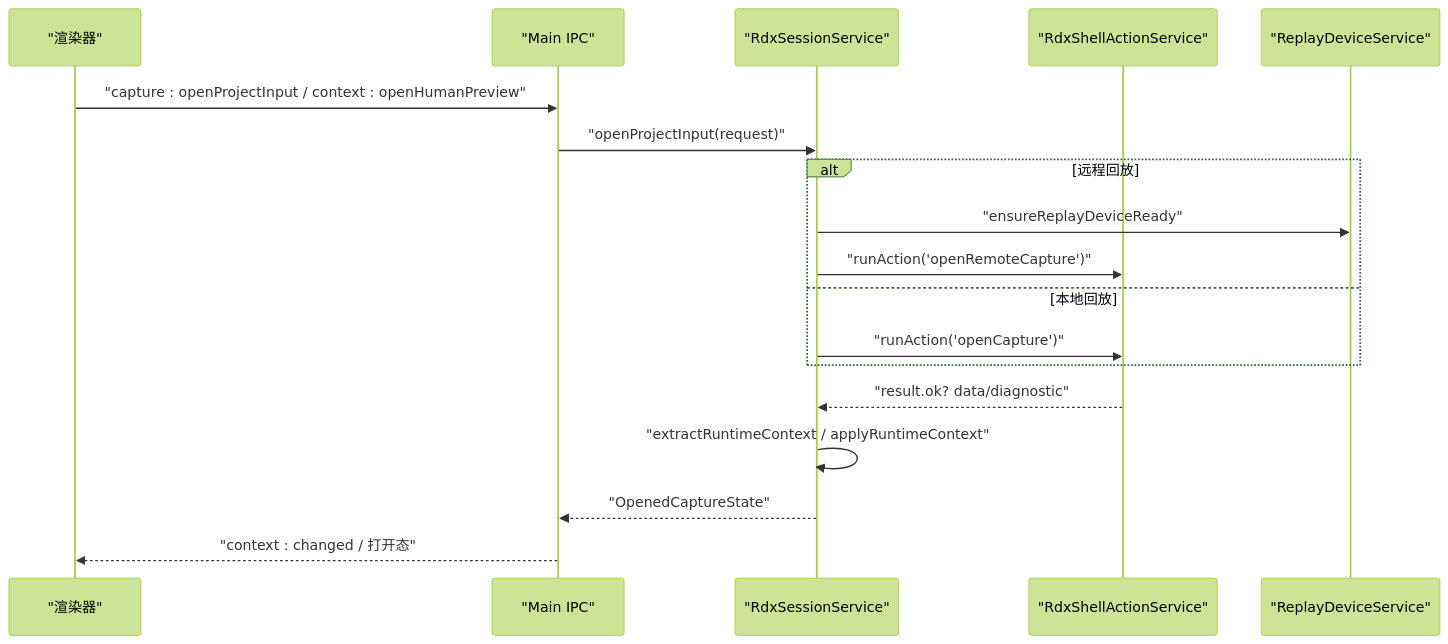
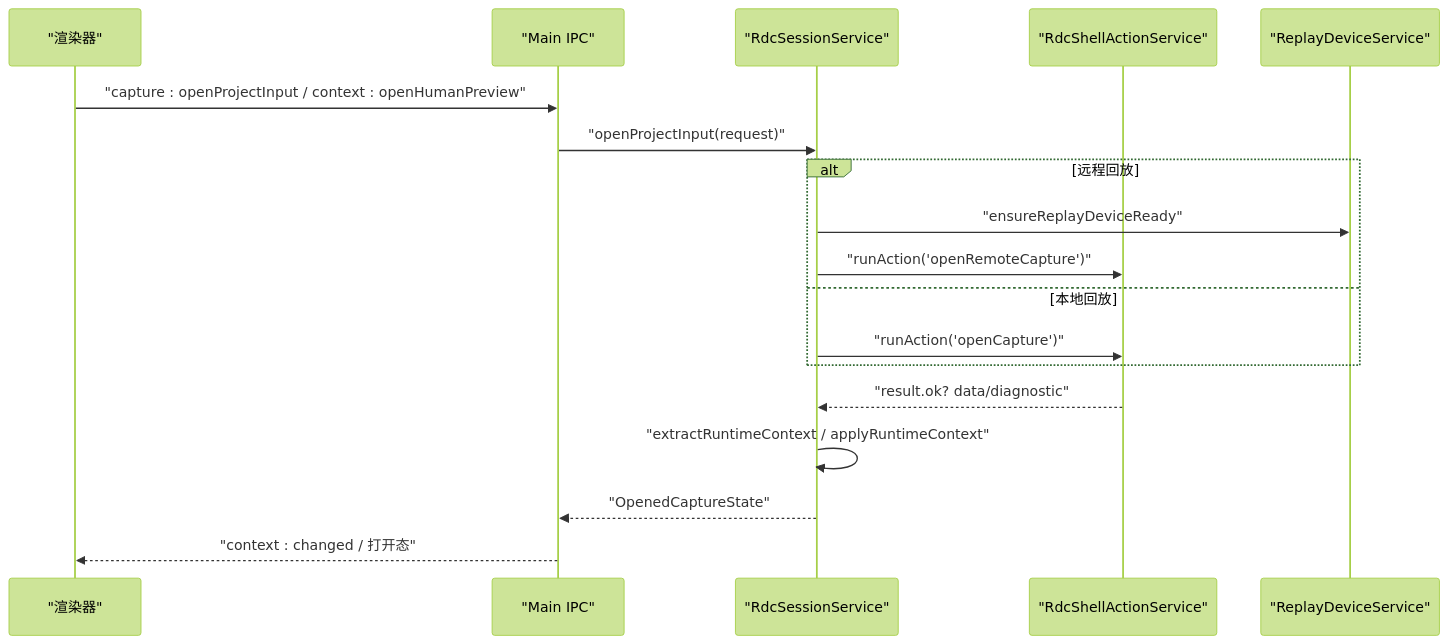
The fourth of 10 diagrams in .qoder/repowiki/zh/content/架构设计/数据流设计.md (haolange/RDC-Agent), drawn with Mermaid (forest theme) before and after one commit. The commit also changed other lines of this file and 557 other files, not shown here.

````diff
--- a/.qoder/repowiki/zh/content/架构设计/数据流设计.md
+++ b/.qoder/repowiki/zh/content/架构设计/数据流设计.md
@@ -166,20 +166,20 @@
 ```mermaid
 sequenceDiagram
 participant UI as "渲染器"
 participant IPC as "Main IPC"
-participant Svc as "RdxSessionService"
-participant Act as "RdxShellActionService"
+participant Svc as "RdcSessionService"
+participant Act as "RdcShellActionService"
 participant Dev as "ReplayDeviceService"
 UI->>IPC : "capture : openProjectInput / context : openHumanPreview"
 IPC->>Svc : "openProjectInput(request)"
 alt 远程回放
 Svc->>Dev : "ensureReplayDeviceReady"
 Svc->>Act : "runAction('openRemoteCapture')"
 else 本地回放
 Svc->>Act : "runAction('openCapture')"
 end
 Act-->>Svc : "result.ok? data/diagnostic"
 Svc->>Svc : "extractRuntimeContext / applyRuntimeContext"
 Svc-->>IPC : "OpenedCaptureState"
 IPC-->>UI : "context : changed / 打开态"
 ```
````
